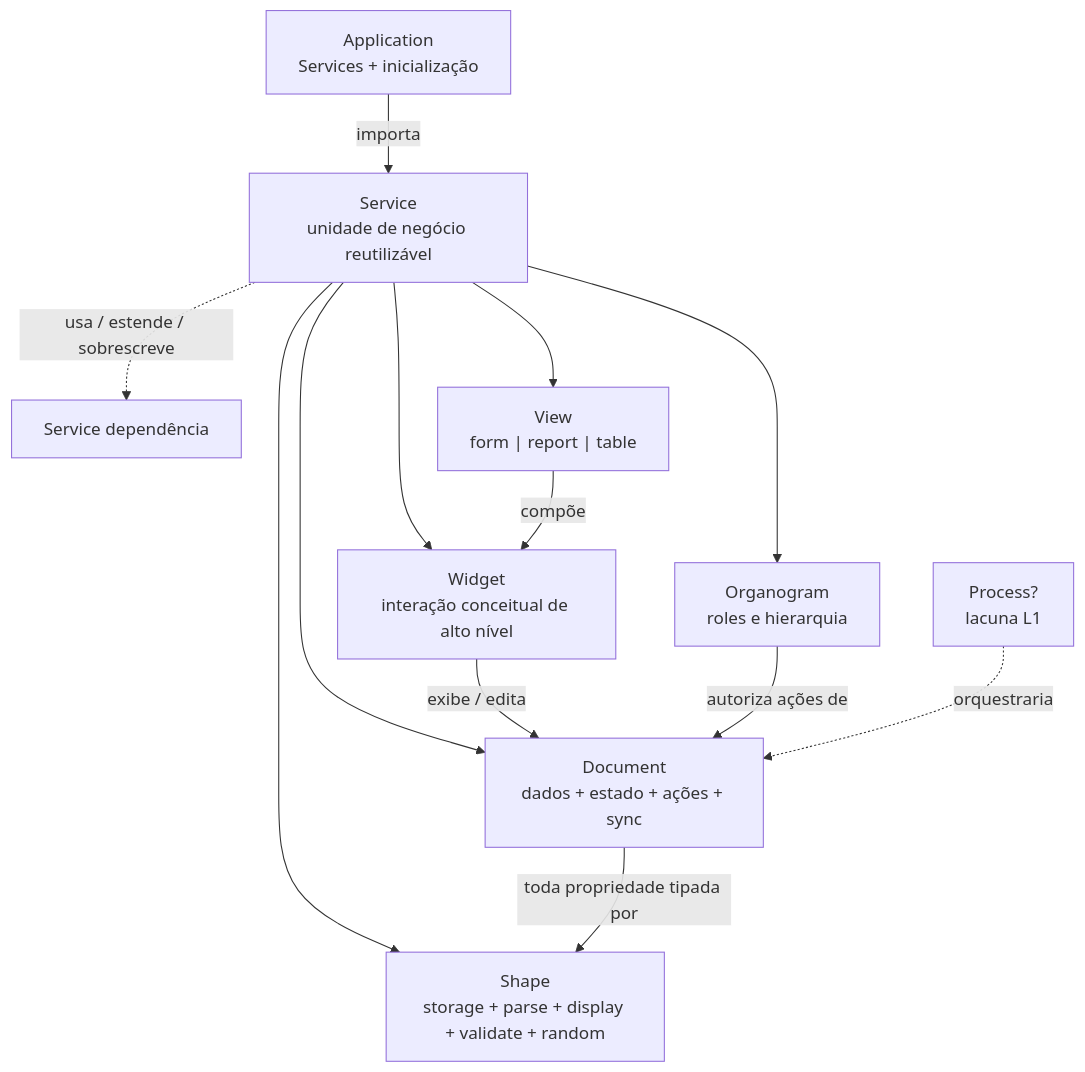
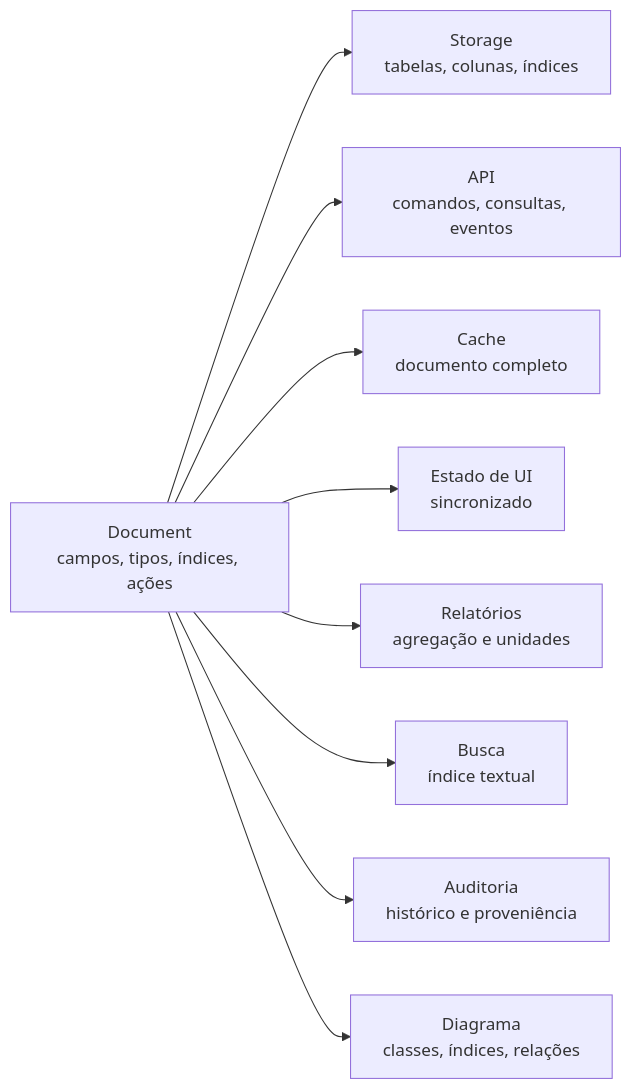
One commit to teintinu/bpcms changed the fourth of 9 diagrams in BRAINSTORM.md. Above: the diagram before and after it, drawn with Mermaid. The commit also changed other lines of this file, not shown here.

````diff
--- a/BRAINSTORM.md
+++ b/BRAINSTORM.md
@@ -134,21 +401,12 @@
 ```mermaid
-flowchart TD
-  App["Application<br/>Services + inicialização"]
-  Svc["Service<br/>unidade de negócio reutilizável"]
-  Svc2["Service dependência"]
-  Shape["Shape<br/>storage + parse + display + validate + random"]
-  Widget["Widget<br/>interação conceitual de alto nível"]
-  Doc["Document<br/>dados + estado + ações + sync"]
-  View["View<br/>form | report | table"]
-  Org["Organogram<br/>roles e hierarquia"]
-  Proc["Process?<br/>lacuna L1"]
-
-  App -->|importa| Svc
-  Svc --> Shape & Widget & Doc & View & Org
-  Svc -.->|usa / estende / sobrescreve| Svc2
-  Doc -->|toda propriedade tipada por| Shape
-  View -->|compõe| Widget
-  Widget -->|exibe / edita| Doc
-  Org -->|autoriza ações de| Doc
-  Proc -.->|orquestraria| Doc
+flowchart LR
+  DEF["Document<br/>campos, tipos, índices, ações"]
+  DEF --> ST["Storage<br/>tabelas, colunas, índices"]
+  DEF --> API["API<br/>comandos, consultas, eventos"]
+  DEF --> CACHE["Cache<br/>documento completo"]
+  DEF --> UI["Estado de UI<br/>sincronizado"]
+  DEF --> REP["Relatórios<br/>agregação e unidades"]
+  DEF --> SEARCH["Busca<br/>índice textual"]
+  DEF --> AUDIT["Auditoria<br/>histórico e proveniência"]
+  DEF --> DIAG["Diagrama<br/>classes, índices, relações"]
 ```
````
